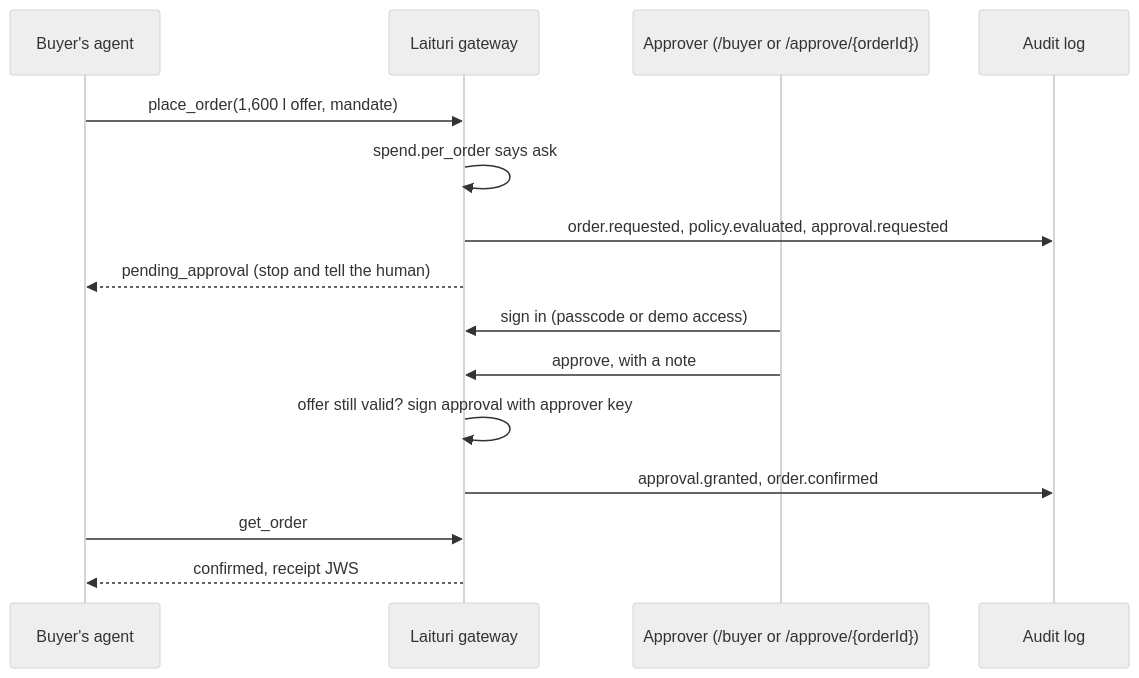
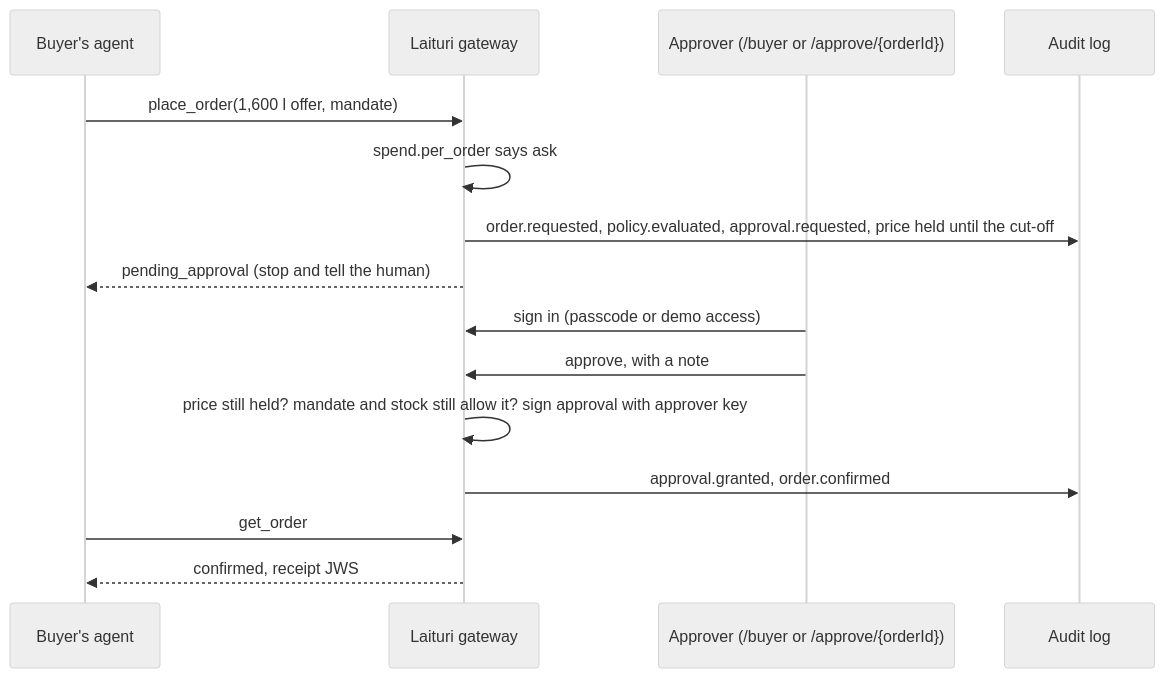
The third of 5 diagrams in docs/architecture.md (felixwickholm/laituri), drawn with Mermaid (neutral theme) before and after one commit. The commit also changed other lines of this file and 161 other files, not shown here.

````diff
--- a/docs/architecture.md
+++ b/docs/architecture.md
@@ -71,17 +102,17 @@
 ```mermaid
 sequenceDiagram
   participant A as Buyer's agent
   participant G as Laituri gateway
   participant P as Approver (/buyer or /approve/{orderId})
   participant L as Audit log
   A->>G: place_order(1,600 l offer, mandate)
   G->>G: spend.per_order says ask
-  G->>L: order.requested, policy.evaluated, approval.requested
+  G->>L: order.requested, policy.evaluated, approval.requested, price held until the cut-off
   G-->>A: pending_approval (stop and tell the human)
   P->>G: sign in (passcode or demo access)
   P->>G: approve, with a note
-  G->>G: offer still valid? sign approval with approver key
+  G->>G: price still held? mandate and stock still allow it? sign approval with approver key
   G->>L: approval.granted, order.confirmed
   A->>G: get_order
   G-->>A: confirmed, receipt JWS
 ```
````
